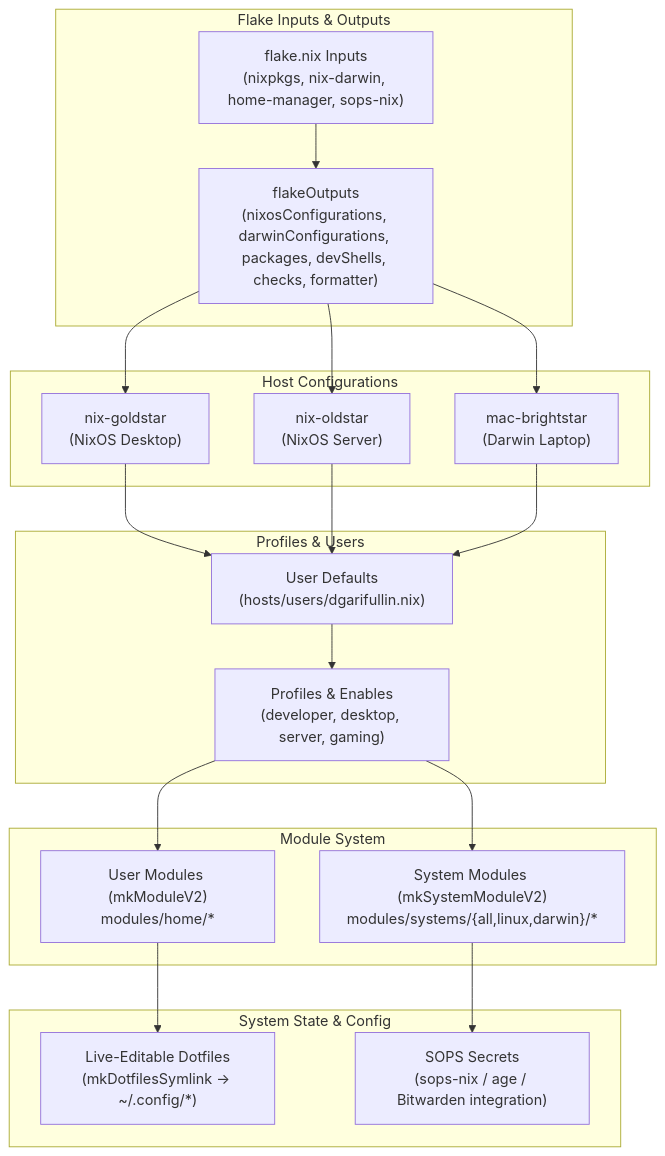
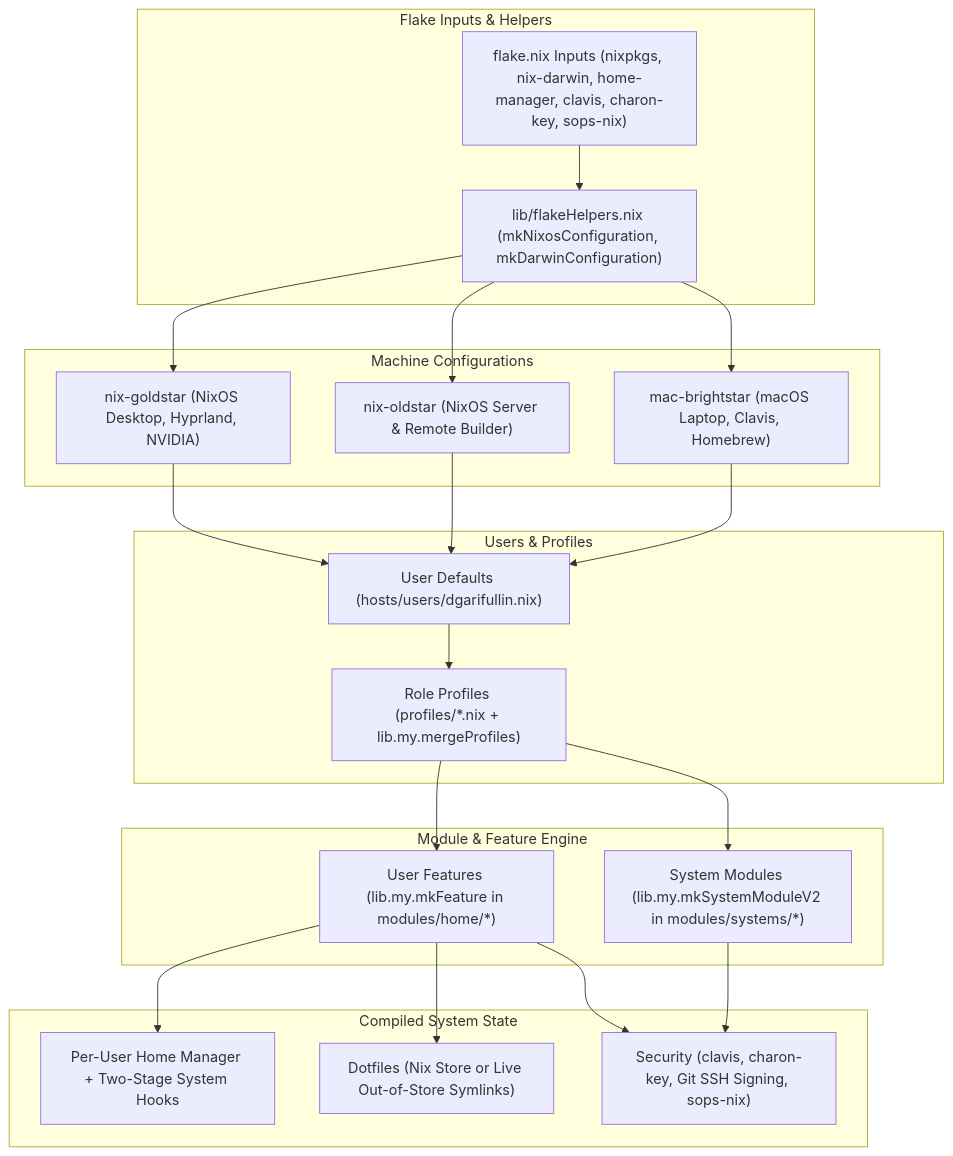
Before and after one commit to GDR/dot: the diagram in README.md, drawn with Mermaid. The commit also changed other lines of this file, not shown here.

First line of the commit message:
docs(readme): update architecture diagram, guides, and module reference for mkFeature

````diff
--- a/README.md
+++ b/README.md
@@ -71,40 +63,43 @@
 ```mermaid
-graph TD
-    subgraph Inputs["Flake Inputs & Outputs"]
-        FI["flake.nix Inputs<br/>(nixpkgs, nix-darwin, home-manager, sops-nix)"]
-        FO["flakeOutputs<br/>(nixosConfigurations, darwinConfigurations, packages, devShells, checks, formatter)"]
-        FI --> FO
+flowchart TD
+    subgraph Flake ["Flake Inputs & Helpers"]
+        FI["flake.nix Inputs (nixpkgs, nix-darwin, home-manager, clavis, charon-key, sops-nix)"]
+        FH["lib/flakeHelpers.nix (mkNixosConfiguration, mkDarwinConfiguration)"]
+        FI --> FH
     end
 
-    subgraph Hosts["Host Configurations"]
-        NG["nix-goldstar<br/>(NixOS Desktop)"]
-        NO["nix-oldstar<br/>(NixOS Server)"]
-        MB["mac-brightstar<br/>(Darwin Laptop)"]
-        FO --> NG
-        FO --> NO
-        FO --> MB
+    subgraph Hosts ["Machine Configurations"]
+        NG["nix-goldstar (NixOS Desktop, Hyprland, NVIDIA)"]
+        NO["nix-oldstar (NixOS Server & Remote Builder)"]
+        MB["mac-brightstar (macOS Laptop, Clavis, Homebrew)"]
+        FH --> NG
+        FH --> NO
+        FH --> MB
     end
 
-    subgraph Profiles["Profiles & Users"]
-        U["User Defaults<br/>(hosts/users/dgarifullin.nix)"]
-        P["Profiles & Enables<br/>(developer, desktop, server, gaming)"]
-        NG --> U
-        NO --> U
-        MB --> U
-        U --> P
+    subgraph Composition ["Users & Profiles"]
+        UD["User Defaults (hosts/users/dgarifullin.nix)"]
+        PR["Role Profiles (profiles/*.nix + lib.my.mergeProfiles)"]
+        NG --> UD
+        NO --> UD
+        MB --> UD
+        UD --> PR
     end
 
-    subgraph Modules["Module System"]
-        HM["User Modules (mkModuleV2)<br/>modules/home/*"]
-        SM["System Modules (mkSystemModuleV2)<br/>modules/systems/{all,linux,darwin}/*"]
-        P --> HM
-        P --> SM
+    subgraph Compiler ["Module & Feature Engine"]
+        MF["User Features (lib.my.mkFeature in modules/home/*)"]
+        MS["System Modules (lib.my.mkSystemModuleV2 in modules/systems/*)"]
+        PR --> MF
+        PR --> MS
     end
 
-    subgraph Targets["System State & Config"]
-        DOT["Live-Editable Dotfiles<br/>(mkDotfilesSymlink → ~/.config/*)"]
-        SECR["SOPS Secrets<br/>(sops-nix / age / Bitwarden integration)"]
-        HM --> DOT
-        SM --> SECR
+    subgraph Runtime ["Compiled System State"]
+        HM["Per-User Home Manager + Two-Stage System Hooks"]
+        DF["Dotfiles (Nix Store or Live Out-of-Store Symlinks)"]
+        SEC["Security (clavis, charon-key, Git SSH Signing, sops-nix)"]
+        MF --> HM
+        MF --> DF
+        MF --> SEC
+        MS --> SEC
     end
 ```
````
